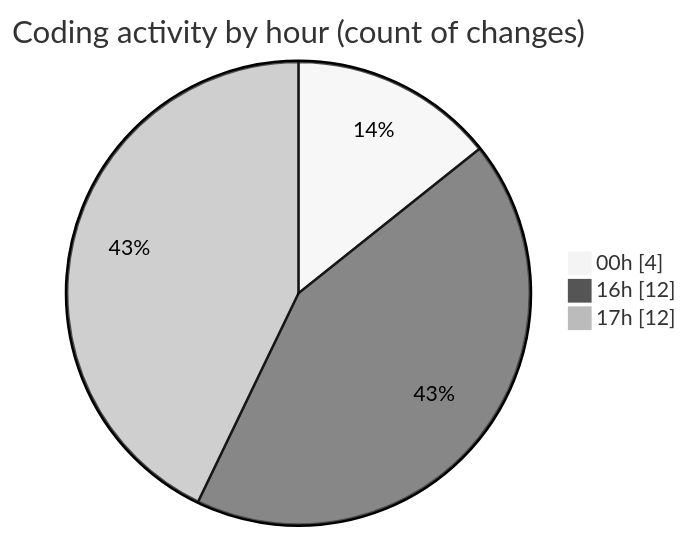
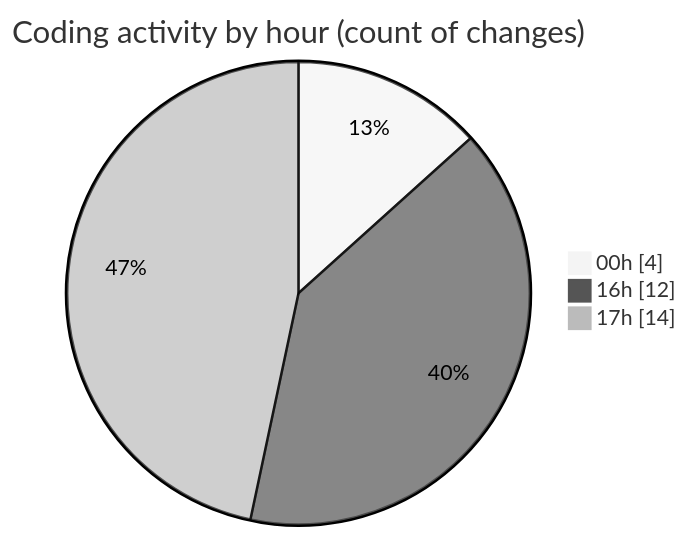
One commit to FixMe24/code-tracking changed the second of 2 diagrams in 2025-05-20/fixme24/README.md. Above: the diagram before and after it, drawn with Mermaid (neutral theme). The commit also changed other lines of this file and 1 other file, not shown here.

````diff
--- a/2025-05-20/fixme24/README.md
+++ b/2025-05-20/fixme24/README.md
@@ -47,7 +47,7 @@
 ```mermaid
 pie showData
 title Coding activity by hour (count of changes)
 "00h" : 4
 "16h" : 12
-"17h" : 12
+"17h" : 14
 ```
````
